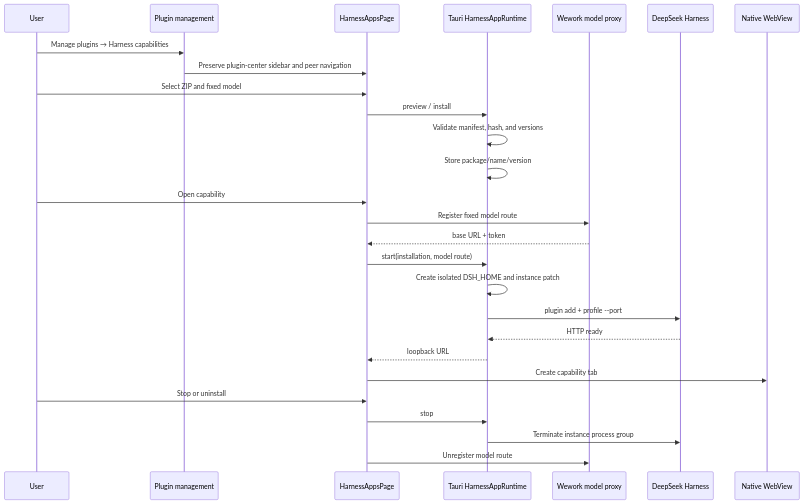
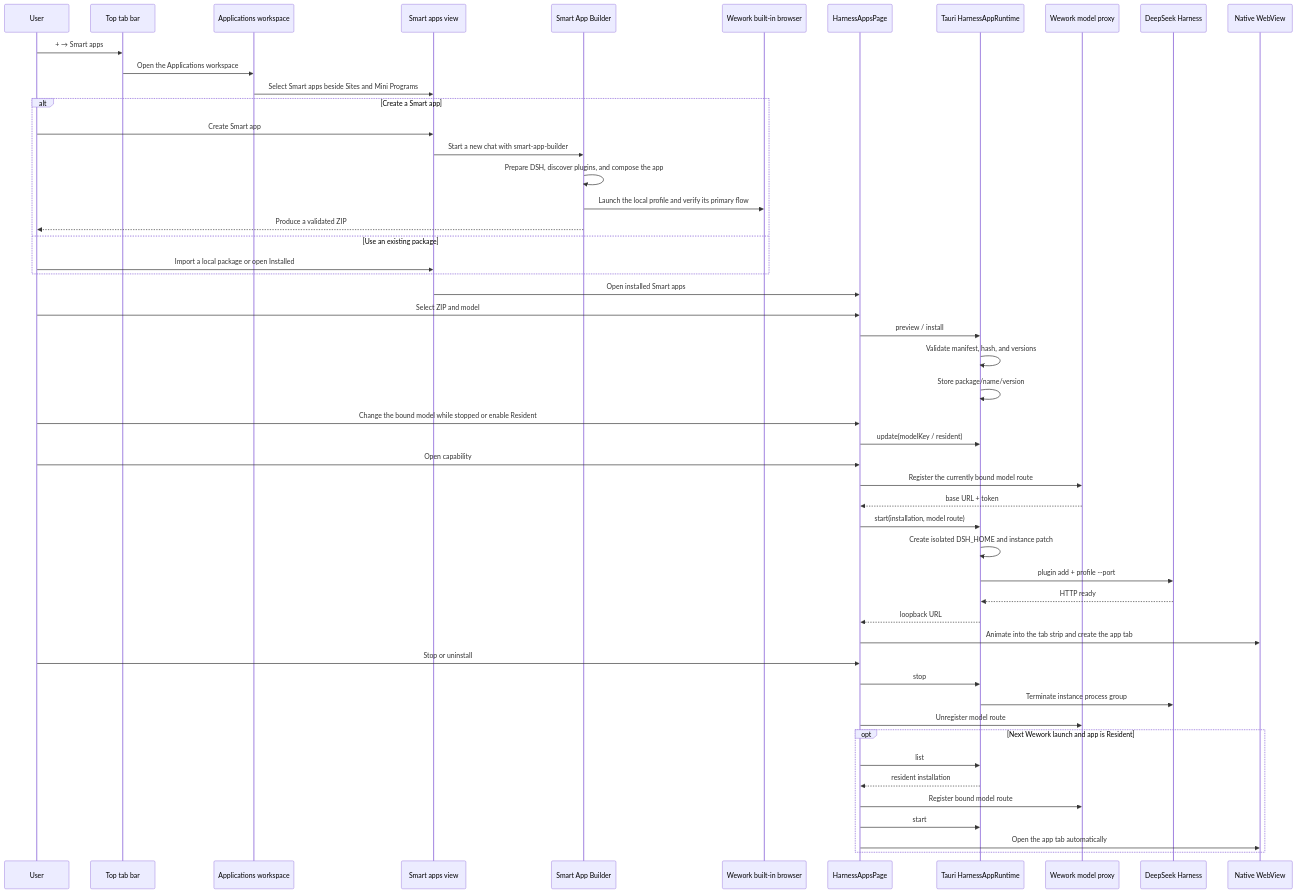
Before and after one commit to wecode-ai/Wegent: the second of 2 diagrams in docs/en/architecture/deepseek-harness-apps.md, drawn with Mermaid. The commit also changed other lines of this file and 59 other files, not shown here.

Commit message:
feat(wework): complete smart app integration

````diff
--- a/docs/en/architecture/deepseek-harness-apps.md
+++ b/docs/en/architecture/deepseek-harness-apps.md
@@ -24,30 +44,55 @@
 ```mermaid
 sequenceDiagram
     participant U as User
-    participant C as Plugin management
+    participant C as Top tab bar
+    participant A as Applications workspace
+    participant M as Smart apps view
+    participant B as Smart App Builder
+    participant WB as Wework built-in browser
     participant UI as HarnessAppsPage
     participant T as Tauri HarnessAppRuntime
     participant P as Wework model proxy
     participant D as DeepSeek Harness
     participant W as Native WebView
 
-    U->>C: Manage plugins → Harness capabilities
-    C->>UI: Preserve plugin-center sidebar and peer navigation
-    U->>UI: Select ZIP and fixed model
+    U->>C: + → Smart apps
+    C->>A: Open the Applications workspace
+    A->>M: Select Smart apps beside Sites and Mini Programs
+    alt Create a Smart app
+        U->>M: Create Smart app
+        M->>B: Start a new chat with smart-app-builder
+        B->>B: Prepare DSH, discover plugins, and compose the app
+        B->>WB: Launch the local profile and verify its primary flow
+        B-->>U: Produce a validated ZIP
+    else Use an existing package
+        U->>M: Import a local package or open Installed
+    end
+    M->>UI: Open installed Smart apps
+    U->>UI: Select ZIP and model
     UI->>T: preview / install
     T->>T: Validate manifest, hash, and versions
     T->>T: Store package/name/version
+    U->>UI: Change the bound model while stopped or enable Resident
+    UI->>T: update(modelKey / resident)
     U->>UI: Open capability
-    UI->>P: Register fixed model route
+    UI->>P: Register the currently bound model route
     P-->>UI: base URL + token
     UI->>T: start(installation, model route)
     T->>T: Create isolated DSH_HOME and instance patch
     T->>D: plugin add + profile --port
     D-->>T: HTTP ready
     T-->>UI: loopback URL
-    UI->>W: Create capability tab
+    UI->>W: Animate into the tab strip and create the app tab
     U->>UI: Stop or uninstall
     UI->>T: stop
     T->>D: Terminate instance process group
     UI->>P: Unregister model route
+
+    opt Next Wework launch and app is Resident
+        UI->>T: list
+        T-->>UI: resident installation
+        UI->>P: Register bound model route
+        UI->>T: start
+        UI->>W: Open the app tab automatically
+    end
 ```
````
